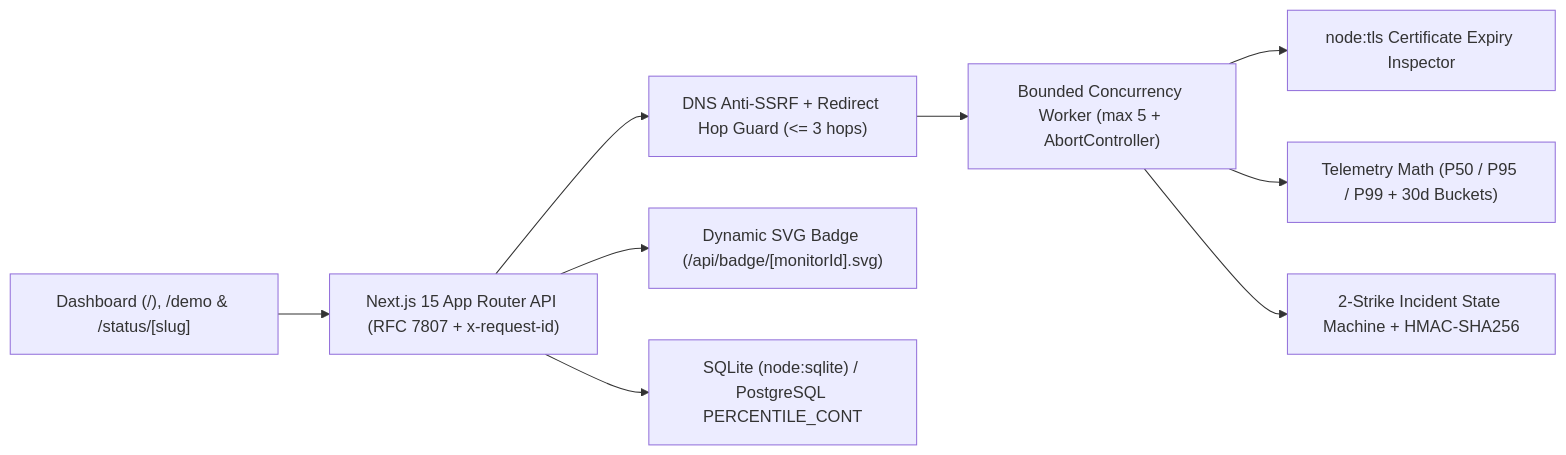
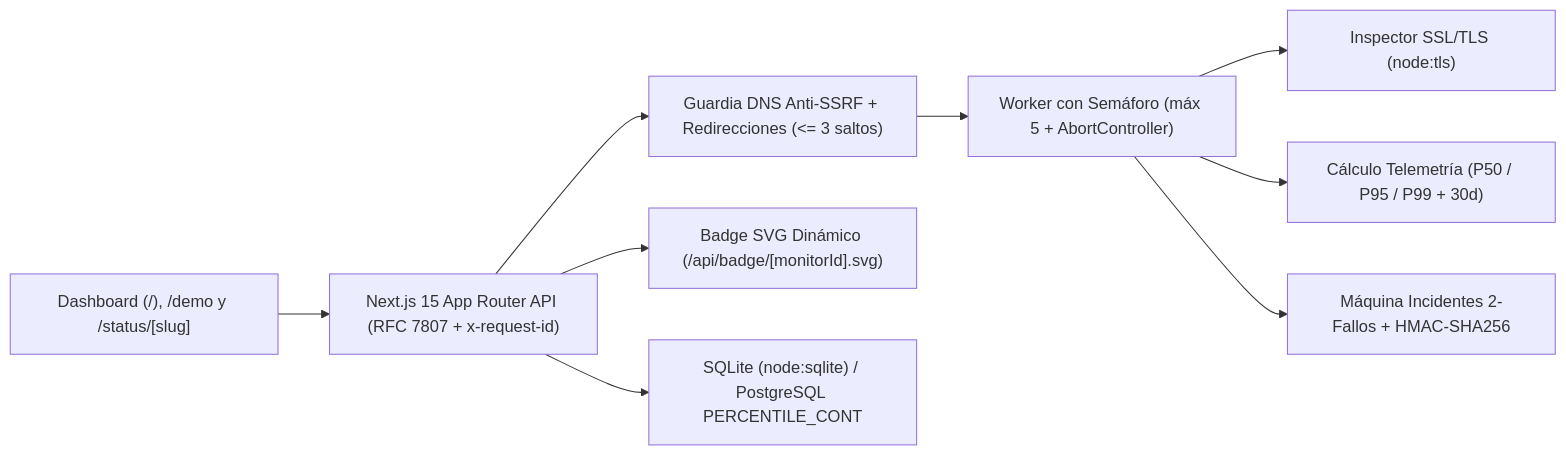
The diagram in README.md (vejjeto/pingpulse-uptime), drawn with Mermaid before and after one commit. The commit also changed other lines of this file, not shown here.

Commit message:
docs: translate README to Spanish and set vejjeto CI badge

````diff
--- a/README.md
+++ b/README.md
@@ -11,11 +11,11 @@
 ```mermaid
 flowchart LR
-    UI["Dashboard (/), /demo & /status/[slug]"] --> API["Next.js 15 App Router API (RFC 7807 + x-request-id)"]
-    API --> SSRF["DNS Anti-SSRF + Redirect Hop Guard (<= 3 hops)"]
-    SSRF --> Worker["Bounded Concurrency Worker (max 5 + AbortController)"]
-    Worker --> TLS["node:tls Certificate Expiry Inspector"]
-    Worker --> Telemetry["Telemetry Math (P50 / P95 / P99 + 30d Buckets)"]
-    Worker --> SM["2-Strike Incident State Machine + HMAC-SHA256"]
-    API --> Badge["Dynamic SVG Badge (/api/badge/[monitorId].svg)"]
+    UI["Dashboard (/), /demo y /status/[slug]"] --> API["Next.js 15 App Router API (RFC 7807 + x-request-id)"]
+    API --> SSRF["Guardia DNS Anti-SSRF + Redirecciones (<= 3 saltos)"]
+    SSRF --> Worker["Worker con Semáforo (máx 5 + AbortController)"]
+    Worker --> TLS["Inspector SSL/TLS (node:tls)"]
+    Worker --> Telemetry["Cálculo Telemetría (P50 / P95 / P99 + 30d)"]
+    Worker --> SM["Máquina Incidentes 2-Fallos + HMAC-SHA256"]
+    API --> Badge["Badge SVG Dinámico (/api/badge/[monitorId].svg)"]
     API --> DB["SQLite (node:sqlite) / PostgreSQL PERCENTILE_CONT"]
 ```
````
